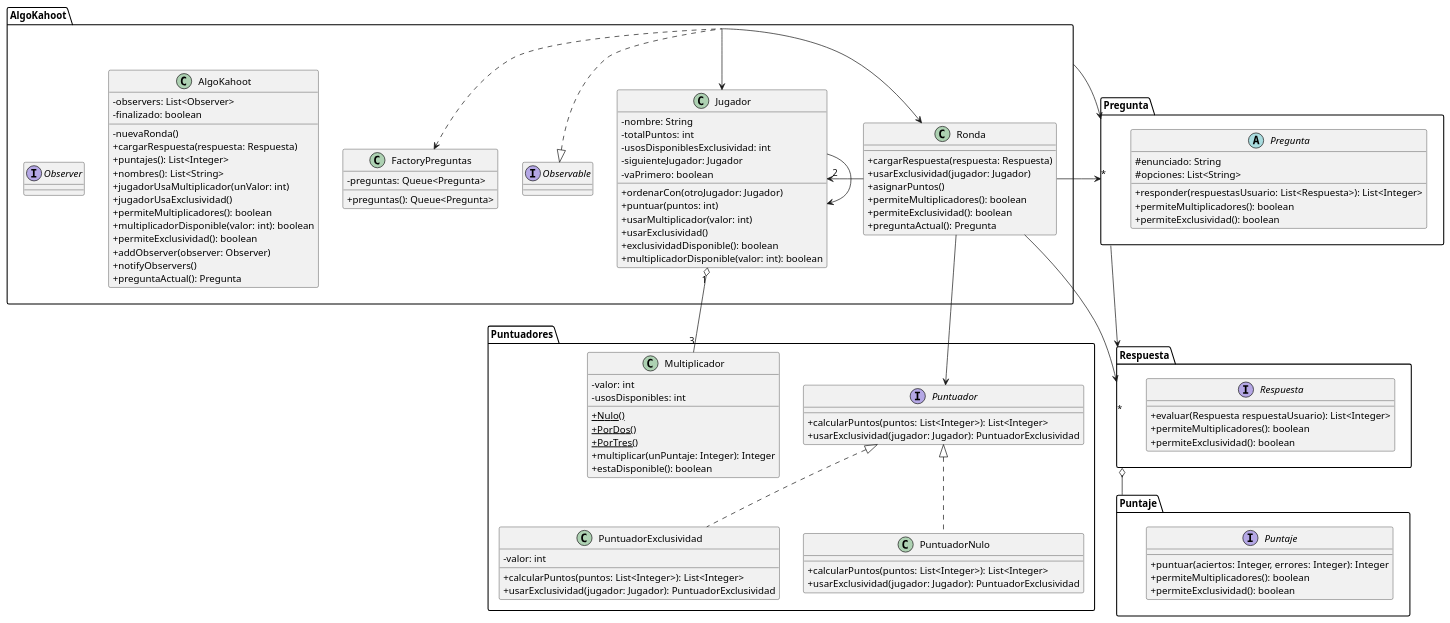
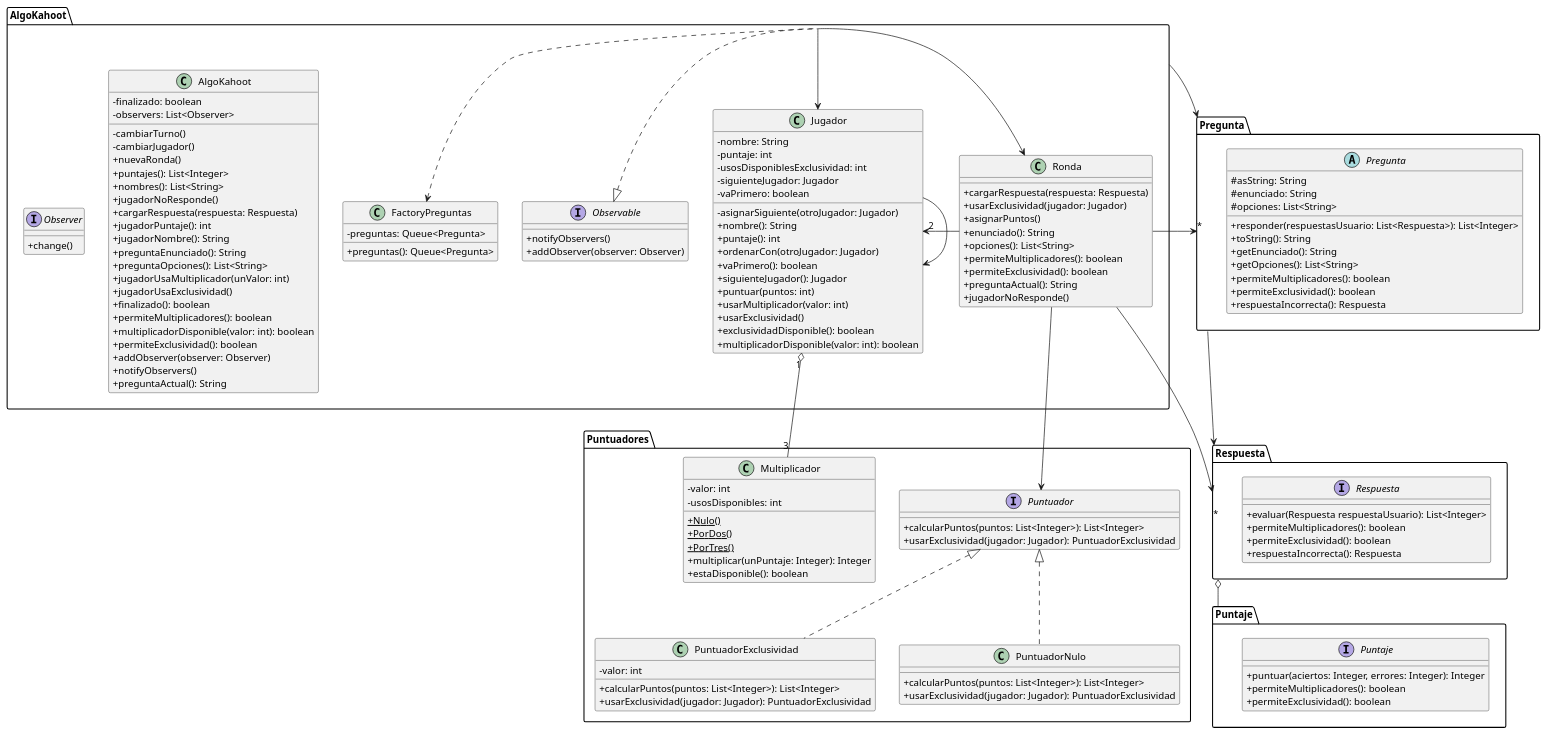
The diagram in Documentacion/Diagramas de Clases/Diagrama de Clases General.puml (gcc-cdimatteo/Algoritmos-y-Programacion-III-75.07), drawn with PlantUML before and after one commit. The commit also changed 4 other files, not shown here.

Commit message:
uml: listo diagramas de clase

```diff
--- a/Documentacion/Diagramas de Clases/Diagrama de Clases General.puml
+++ b/Documentacion/Diagramas de Clases/Diagrama de Clases General.puml
@@ -1,143 +1,170 @@
 @startuml
 skinparam classAttributeIconSize 0
 
 package AlgoKahoot {
     class AlgoKahoot {
-        - observers: List<Observer>
-        - finalizado: boolean
-        - nuevaRonda()
-        + cargarRespuesta(respuesta: Respuesta)
-        + puntajes(): List<Integer>
-        + nombres(): List<String>
-        + jugadorUsaMultiplicador(unValor: int)
-        + jugadorUsaExclusividad()
-        + permiteMultiplicadores(): boolean
-        + multiplicadorDisponible(valor: int): boolean
-        + permiteExclusividad(): boolean
-        + addObserver(observer: Observer)
-        + notifyObservers()
-        + preguntaActual(): Pregunta
+    - finalizado: boolean
+    - observers: List<Observer>
+    - cambiarTurno()
+    - cambiarJugador()
+    + nuevaRonda()
+    + puntajes(): List<Integer>
+    + nombres(): List<String>
+    + jugadorNoResponde()
+    + cargarRespuesta(respuesta: Respuesta)
+    + jugadorPuntaje(): int
+    + jugadorNombre(): String
+    + preguntaEnunciado(): String
+    + preguntaOpciones(): List<String>
+    + jugadorUsaMultiplicador(unValor: int)
+    + jugadorUsaExclusividad()
+    + finalizado(): boolean
+    + permiteMultiplicadores(): boolean
+    + multiplicadorDisponible(valor: int): boolean
+    + permiteExclusividad(): boolean
+    + addObserver(observer: Observer)
+    + notifyObservers()
+    + preguntaActual(): String
     }
     class Jugador {
         - nombre: String
-        - totalPuntos: int
+        - puntaje: int
         - usosDisponiblesExclusividad: int
         - siguienteJugador: Jugador
         - vaPrimero: boolean
+        - asignarSiguiente(otroJugador: Jugador)
+        + nombre(): String
+        + puntaje(): int
         + ordenarCon(otroJugador: Jugador)
+        + vaPrimero(): boolean
+        + siguienteJugador(): Jugador
         + puntuar(puntos: int)
         + usarMultiplicador(valor: int)
         + usarExclusividad()
         + exclusividadDisponible(): boolean
         + multiplicadorDisponible(valor: int): boolean
     }
     class Ronda {
         + cargarRespuesta(respuesta: Respuesta)
         + usarExclusividad(jugador: Jugador)
         + asignarPuntos()
+        + enunciado(): String
+        + opciones(): List<String>
         + permiteMultiplicadores(): boolean
         + permiteExclusividad(): boolean
-        + preguntaActual(): Pregunta
+        + preguntaActual(): String
+        + jugadorNoResponde()
     }
     class FactoryPreguntas {
         - preguntas: Queue<Pregunta>
         + preguntas(): Queue<Pregunta>
         /'
         - obtenerEnunciado(pregunta: JSONObject): String
         - obtenerRespuestaVF(pregunta: JSONObject): boolean
         - generarPreguntaVerdaderoFalsoClasico(pregunta: JSONObject): Pregunta
         - generarPreguntaVerdaderoFalsoPenalidad(pregunta: JSONObject): Pregunta
         - obtenerRespuestasMC(pregunta: JSONObject): Set<Integer>
         - generarPreguntaMultipleChoicePenalidad(pregunta: JSONObject): Pregunta
         - generarPreguntaMultipleChoiceParcial(pregunta: JSONObject): Pregunta
         - generarPreguntaMultipleChoiceClasico(pregunta: JSONObject): Pregunta
         - generarPreguntaGroupChoice(pregunta: JSONObject): PreguntaGroupChoice
         - generarPreguntaOrderedChoice(pregunta: JSONObject): PreguntaOrderedChoice
         '/
     }
-    interface Observable
-    interface Observer
+    interface Observable {
+        + notifyObservers()
+        + addObserver(observer: Observer)
+    }
+    interface Observer {
+        + change()
+    }
 }
 
 package Pregunta {
     abstract class Pregunta {
+        # asString: String
         # enunciado: String
         # opciones: List<String>
         + responder(respuestasUsuario: List<Respuesta>): List<Integer>
+        + toString(): String
+        + getEnunciado(): String
+        + getOpciones(): List<String>
         + permiteMultiplicadores(): boolean
         + permiteExclusividad(): boolean
+        + respuestaIncorrecta(): Respuesta
     }
 }
 
 package Puntaje {
     interface Puntaje {
         + puntuar(aciertos: Integer, errores: Integer): Integer
         + permiteMultiplicadores(): boolean
         + permiteExclusividad(): boolean
     }
 }
 
 package Puntuadores {
     class Multiplicador {
         - valor: int
         - usosDisponibles: int
         + {static} Nulo()
         + {static} PorDos()
         + {static} PorTres()
         + multiplicar(unPuntaje: Integer): Integer
         + estaDisponible(): boolean
     }
     interface Puntuador {
         + calcularPuntos(puntos: List<Integer>): List<Integer>
         + usarExclusividad(jugador: Jugador): PuntuadorExclusividad
     }
     class PuntuadorExclusividad {
         - valor: int
         + calcularPuntos(puntos: List<Integer>): List<Integer>
         + usarExclusividad(jugador: Jugador): PuntuadorExclusividad
     }
     class PuntuadorNulo {
         + calcularPuntos(puntos: List<Integer>): List<Integer>
         + usarExclusividad(jugador: Jugador): PuntuadorExclusividad
     }
 }
 
 package Respuesta {
     interface Respuesta {
         + evaluar(Respuesta respuestaUsuario): List<Integer>
         + permiteMultiplicadores(): boolean
         + permiteExclusividad(): boolean
+        + respuestaIncorrecta(): Respuesta
     }
 }
 
 'Ordenamiento De Cuadrados
 
 'Herencia --|> cumple la relación 'es un'
 
 'Asociacion --> un objeto guarda a otro
 Pregunta --> Respuesta
 Ronda -left-> "*" Pregunta
 Ronda -down-> Puntuador
 Ronda --> "*" Respuesta
 Ronda -right-> "2" Jugador
 AlgoKahoot --> Pregunta
 AlgoKahoot -down-> Ronda
 AlgoKahoot -down-> Jugador
 Jugador --> Jugador
 
 'Agregacion --o un objeto esta compuesto por otro pero no lo necesita para vivir
 Jugador "1" o-- "3" Multiplicador
 Respuesta o-- Puntaje
 
 'Composicion --* un objeto es dueño de otro
 
 'Dependencia ..> un objeto utiliza a otro porque lo recibe/devuelve
 AlgoKahoot .up.> FactoryPreguntas
 
 'Interfaces ..|> colección de declaraciones de métodos sin implemetnar
 PuntuadorExclusividad .up.|> Puntuador
 PuntuadorNulo .up.|> Puntuador
 AlgoKahoot .left.|> Observable
 
 
 @enduml
```
